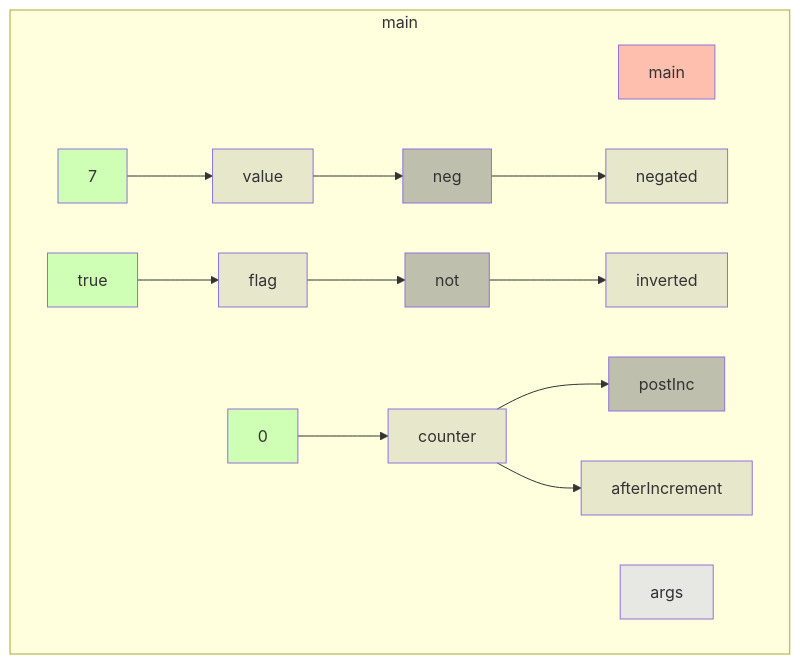
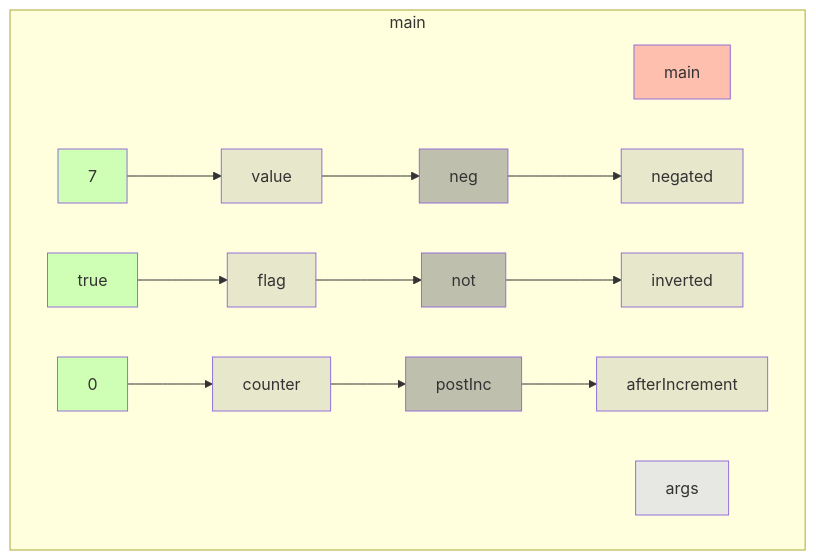
The diagram in app/src/test/resources/unary/truth.md (gstiebler/codeflow), drawn with Mermaid before and after one commit. The commit also changed 9 other files, not shown here.

````diff
--- a/app/src/test/resources/unary/truth.md
+++ b/app/src/test/resources/unary/truth.md
@@ -1,35 +1,35 @@
 ```mermaid
 flowchart TD
   subgraph b0["main"]
     n1[main]:::RETURN
     n2[args]:::FUNC_PARAM
     n3[7]:::LITERAL
     n4[value]:::VARIABLE
     n5[true]:::LITERAL
     n6[flag]:::VARIABLE
     n7[neg]:::BIN_OP
     n8[negated]:::VARIABLE
     n9[not]:::BIN_OP
     n10[inverted]:::VARIABLE
     n11[0]:::LITERAL
     n12[counter]:::VARIABLE
     n13[postInc]:::BIN_OP
     n14[afterIncrement]:::VARIABLE
     n3[7]:::LITERAL --> n4[value]:::VARIABLE
     n4[value]:::VARIABLE --> n7[neg]:::BIN_OP
     n5[true]:::LITERAL --> n6[flag]:::VARIABLE
     n6[flag]:::VARIABLE --> n9[not]:::BIN_OP
     n7[neg]:::BIN_OP --> n8[negated]:::VARIABLE
     n9[not]:::BIN_OP --> n10[inverted]:::VARIABLE
     n11[0]:::LITERAL --> n12[counter]:::VARIABLE
     n12[counter]:::VARIABLE --> n13[postInc]:::BIN_OP
-    n12[counter]:::VARIABLE --> n14[afterIncrement]:::VARIABLE
+    n13[postInc]:::BIN_OP --> n14[afterIncrement]:::VARIABLE
   end
   classDef LITERAL fill:#00FF0030
   classDef VARIABLE fill:#80808030
   classDef BIN_OP fill:#80808080
   classDef FUNC_PARAM fill:#8080FF30
   classDef RETURN fill:#FF808080
   classDef EXTERNAL fill:#FFA50040
   classDef UNMODELLED fill:#FF000030,stroke-dasharray: 4 2
 ```
````
